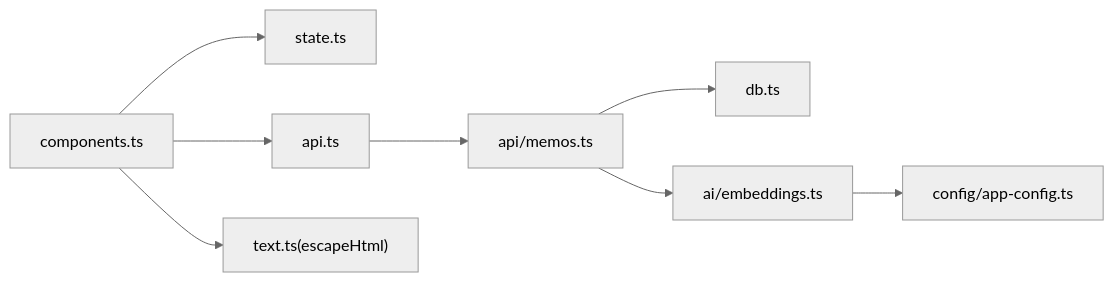
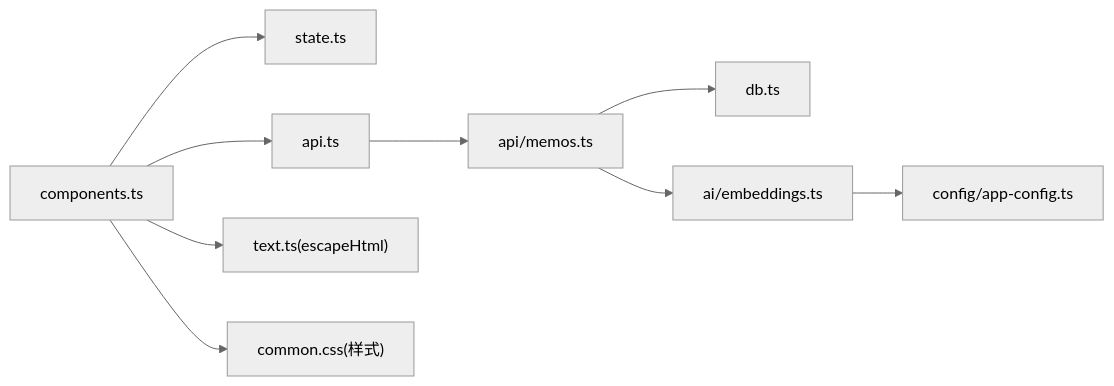
The ninth of 9 diagrams in .qoder/repowiki/zh/content/前端应用/Masonry瀑布流界面/搜索与过滤功能.md (BlackBoxRecorder/memos), drawn with Mermaid (neutral theme) before and after one commit. The commit also changed other lines of this file and 30 other files, not shown here.

````diff
--- a/.qoder/repowiki/zh/content/前端应用/Masonry瀑布流界面/搜索与过滤功能.md
+++ b/.qoder/repowiki/zh/content/前端应用/Masonry瀑布流界面/搜索与过滤功能.md
@@ -296,10 +357,11 @@
 ```mermaid
 graph LR
 Comp["components.ts"] --> State["state.ts"]
 Comp --> API["api.ts"]
 Comp --> Text["text.ts(escapeHtml)"]
+Comp --> Style["common.css(样式)"]
 API --> MemosAPI["api/memos.ts"]
 MemosAPI --> DB["db.ts"]
 MemosAPI --> Embed["ai/embeddings.ts"]
 Embed --> Cfg["config/app-config.ts"]
 ```
````
